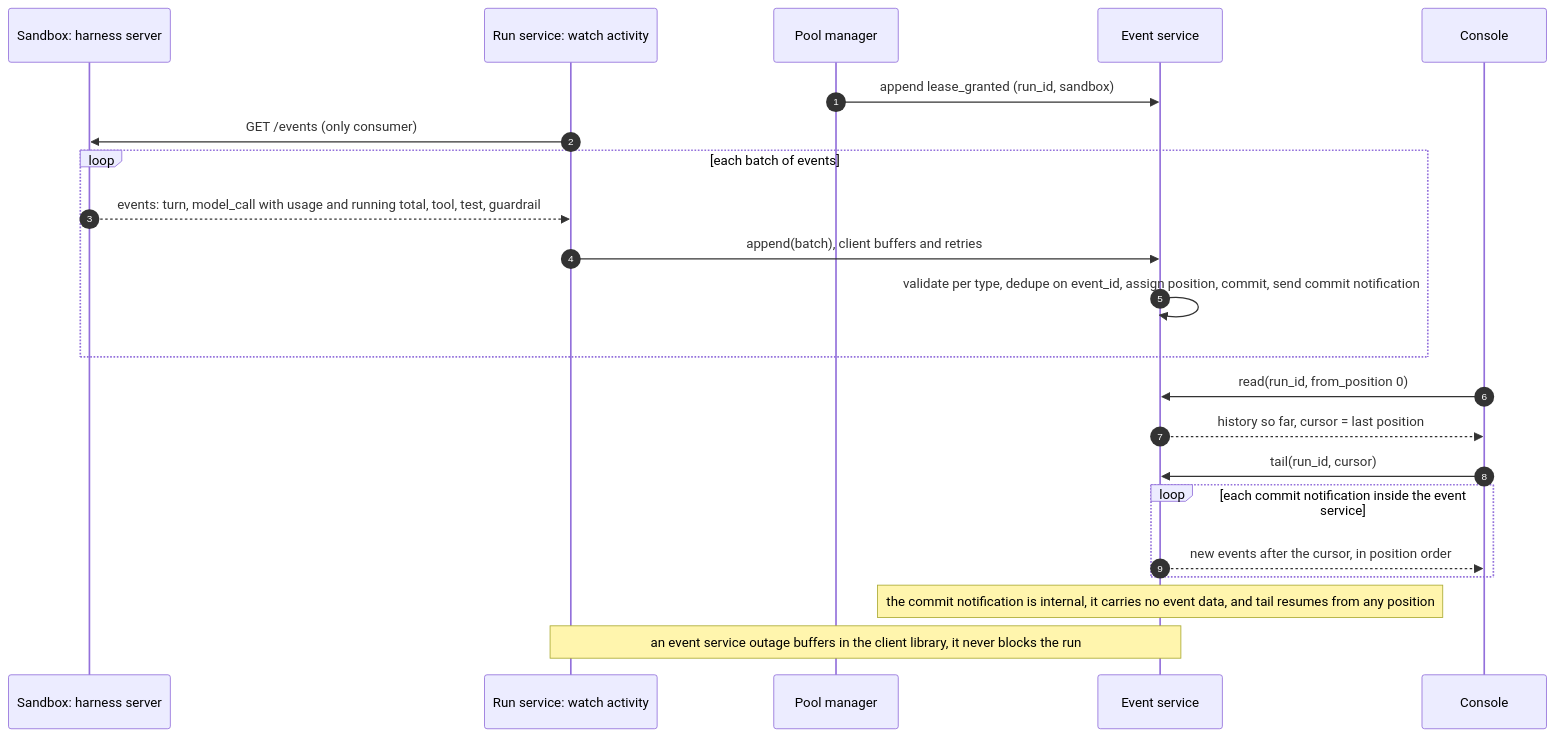
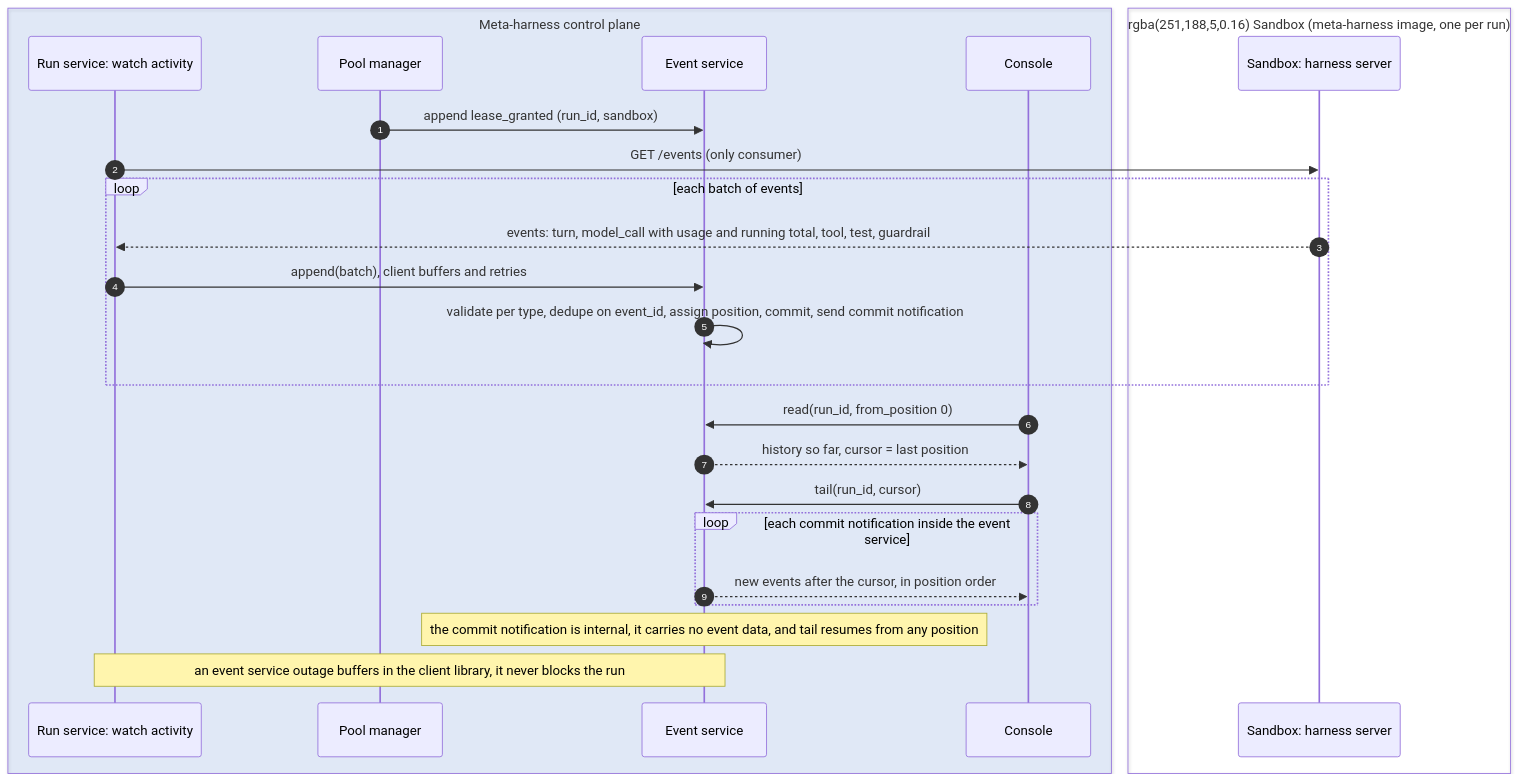
Before and after one commit to davecthomas/meta-harness: the sixth of 12 diagrams in docs/technical-design.md, drawn with Mermaid. The commit also changed other lines of this file, not shown here.

First line of the commit message:
docs/design-cleanup-and-boundaries: plain prose, model client name, owner boxes in sequences

````diff
--- a/docs/technical-design.md
+++ b/docs/technical-design.md
@@ -757,25 +787,29 @@
 ```mermaid
 sequenceDiagram
     autonumber
-    participant SB as Sandbox: harness server
+    box rgba(66,135,245,0.12) Meta-harness control plane
     participant WA as Run service: watch activity
     participant PM as Pool manager
     participant EV as Event service
     participant CON as Console
+    end
+    box rgba(251,188,5,0.16) Sandbox (meta-harness image, one per run)
+    participant SB as Sandbox: harness server
+    end
 
     PM->>EV: append lease_granted (run_id, sandbox)
     WA->>SB: GET /events (only consumer)
     loop each batch of events
         SB-->>WA: events: turn, model_call with usage and running total, tool, test, guardrail
         WA->>EV: append(batch), client buffers and retries
         EV->>EV: validate per type, dedupe on event_id, assign position, commit, send commit notification
     end
     CON->>EV: read(run_id, from_position 0)
     EV-->>CON: history so far, cursor = last position
     CON->>EV: tail(run_id, cursor)
     loop each commit notification inside the event service
         EV-->>CON: new events after the cursor, in position order
     end
     Note over EV: the commit notification is internal, it carries no event data, and tail resumes from any position
     Note over WA,EV: an event service outage buffers in the client library, it never blocks the run
 ```
````
